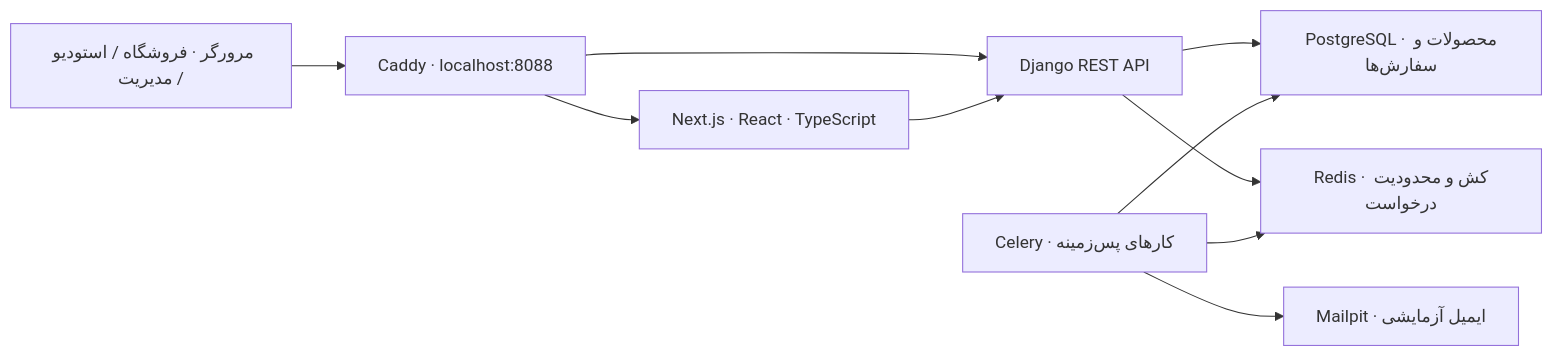
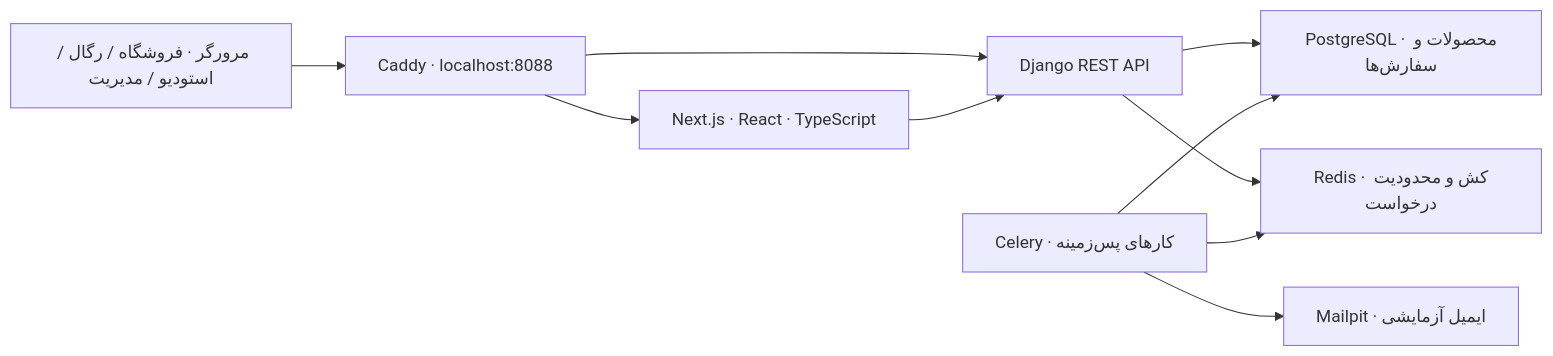
The diagram in README.md (hamidshaikhy/tanpoosh), drawn with Mermaid before and after one commit. The commit also changed other lines of this file and 48 other files, not shown here.

````diff
--- a/README.md
+++ b/README.md
@@ -157,12 +190,12 @@
 ```mermaid
 flowchart LR
-    Browser["مرورگر · فروشگاه / استودیو / مدیریت"] --> Caddy["Caddy · localhost:8088"]
+    Browser["مرورگر · فروشگاه / رگال / استودیو / مدیریت"] --> Caddy["Caddy · localhost:8088"]
     Caddy --> Next["Next.js · React · TypeScript"]
     Caddy --> Django["Django REST API"]
     Next --> Django
     Django --> Postgres["PostgreSQL · محصولات و سفارش‌ها"]
     Django --> Redis["Redis · کش و محدودیت درخواست"]
     Worker["Celery · کارهای پس‌زمینه"] --> Postgres
     Worker --> Redis
     Worker --> Mailpit["Mailpit · ایمیل آزمایشی"]
 ```
````
